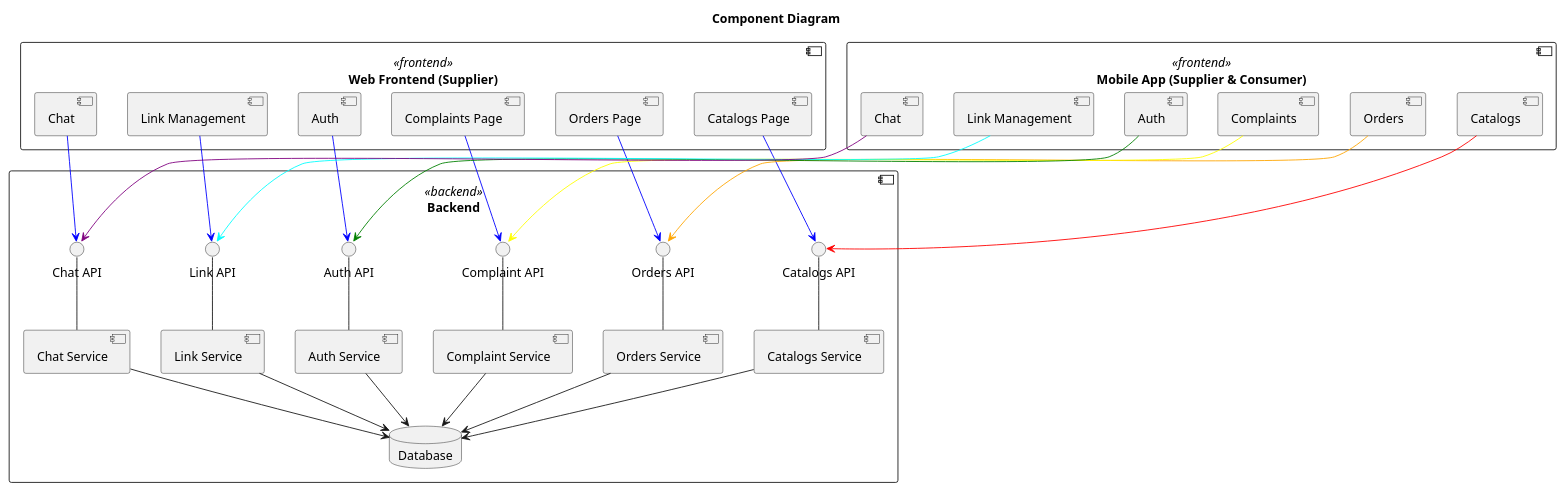
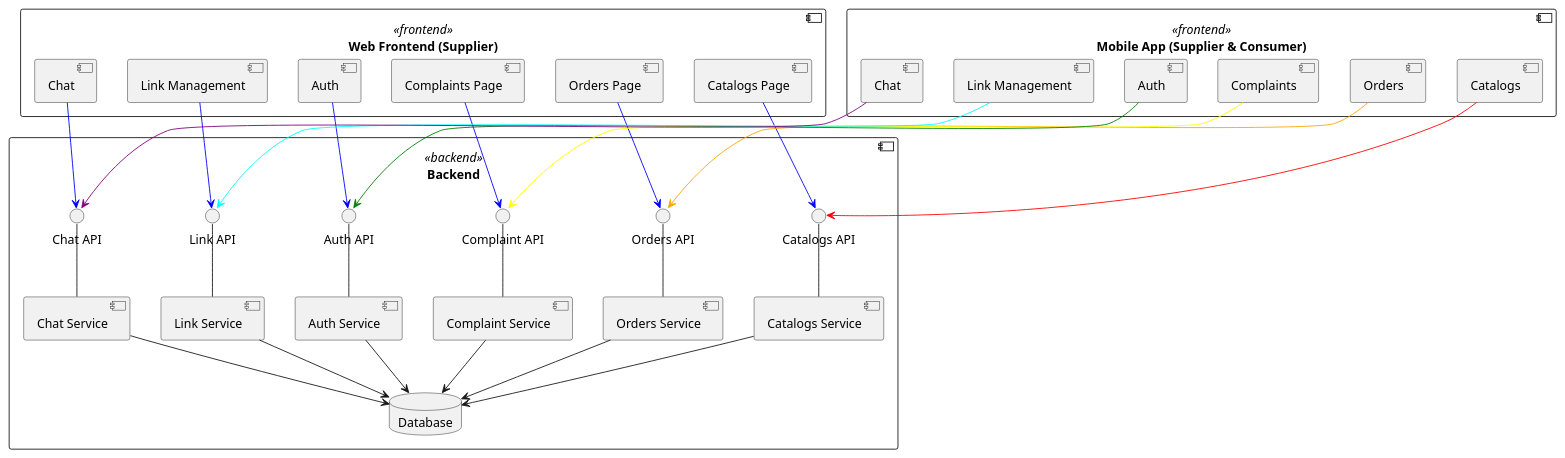
One commit to kadirl/csci361-group-project-backend changed the diagram in docs/diagrams/src/component-diagram.puml. Above: the diagram before and after it, drawn with PlantUML. The commit also changed 1 other file, not shown here.

Commit message:
Added titles for component and activity diagrams

```diff
--- a/docs/diagrams/src/component-diagram.puml
+++ b/docs/diagrams/src/component-diagram.puml
@@ -1,74 +1,73 @@
-@startuml
-title Component Diagram
+@startuml Component Diagram
 ' === Frontend components ===
 component "Web Frontend (Supplier)" <<frontend>> {
     [Catalogs Page] as WebCatalogs
     [Orders Page] as WebOrders
     [Complaints Page] as WebComplaints
     [Auth] as WebAuth
     [Link Management] as WebLink
     [Chat] as WebChat
 }
 
 component "Mobile App (Supplier & Consumer)" <<frontend>> {
     [Catalogs] as MobileCatalogs
     [Orders] as MobileOrders
     [Complaints] as MobileComplaints
     [Auth] as MobileAuth
     [Link Management] as MobileLink
     [Chat] as MobileChat
 }
 
 ' === Backend ===
 component "Backend" <<backend>> {
     interface "Catalogs API" as CatalogsAPI
     [Catalogs Service] as CatalogsService
     CatalogsAPI -- CatalogsService
     
     interface "Orders API" as OrdersAPI
     [Orders Service] as OrdersService
     OrdersAPI -- OrdersService
     
     interface "Complaint API" as ComplaintAPI
     [Complaint Service] as ComplaintService
     ComplaintAPI -- ComplaintService
     
     interface "Auth API" as AuthAPI
     [Auth Service] as AuthService
     AuthAPI -- AuthService
     
     interface "Link API" as LinkAPI
     [Link Service] as LinkService
     LinkAPI -- LinkService
     
     interface "Chat API" as ChatAPI
     [Chat Service] as ChatService
     ChatAPI -- ChatService
     
     database "Database" as DB
     
     CatalogsService --> DB
     OrdersService --> DB
     ComplaintService --> DB
     AuthService --> DB
     LinkService --> DB
     ChatService --> DB
 }
 
 ' === Connections from Web Frontend to Backend ===
 WebCatalogs -[#blue]-> CatalogsAPI
 WebOrders -[#blue]-> OrdersAPI
 WebComplaints -[#blue]-> ComplaintAPI
 WebAuth -[#blue]-> AuthAPI
 WebLink -[#blue]-> LinkAPI
 WebChat -[#blue]-> ChatAPI
 
 ' === Connections from Mobile App to Backend ===
 MobileCatalogs -[#red]-> CatalogsAPI
 MobileOrders -[#orange]-> OrdersAPI
 MobileComplaints -[#yellow]-> ComplaintAPI
 MobileAuth -[#green]-> AuthAPI
 MobileLink -[#cyan]-> LinkAPI
 MobileChat -[#purple]-> ChatAPI
 
 @enduml
```
